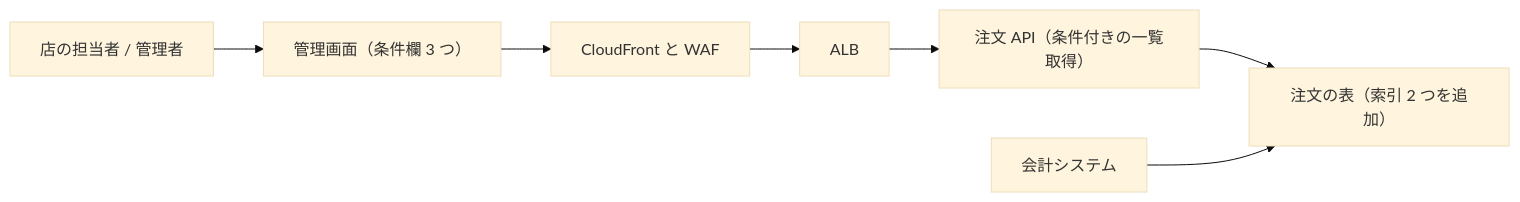
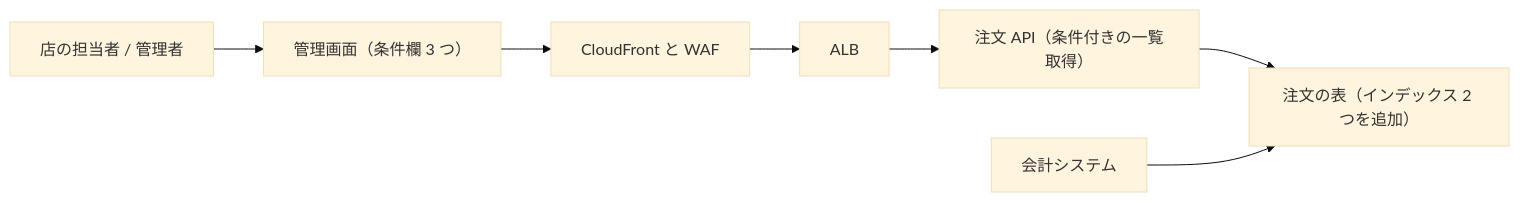
One commit to sh0ki-00/My-Lab changed the diagram in skills/documents/examples/specification-orders-admin-filter.md. Above: the diagram before and after it, drawn with Mermaid (base theme). The commit also changed other lines of this file and 203 other files, not shown here.

````diff
--- a/skills/documents/examples/specification-orders-admin-filter.md
+++ b/skills/documents/examples/specification-orders-admin-filter.md
@@ -46,9 +46,9 @@
 ```mermaid
 flowchart LR
     S["店の担当者 / 管理者"] --> B["管理画面（条件欄 3 つ）"]
     B --> W["CloudFront と WAF"]
     W --> L["ALB"]
     L --> A["注文 API（条件付きの一覧取得）"]
-    A --> D["注文の表（索引 2 つを追加）"]
+    A --> D["注文の表（インデックス 2 つを追加）"]
     K["会計システム"] --> D
 ```
````
